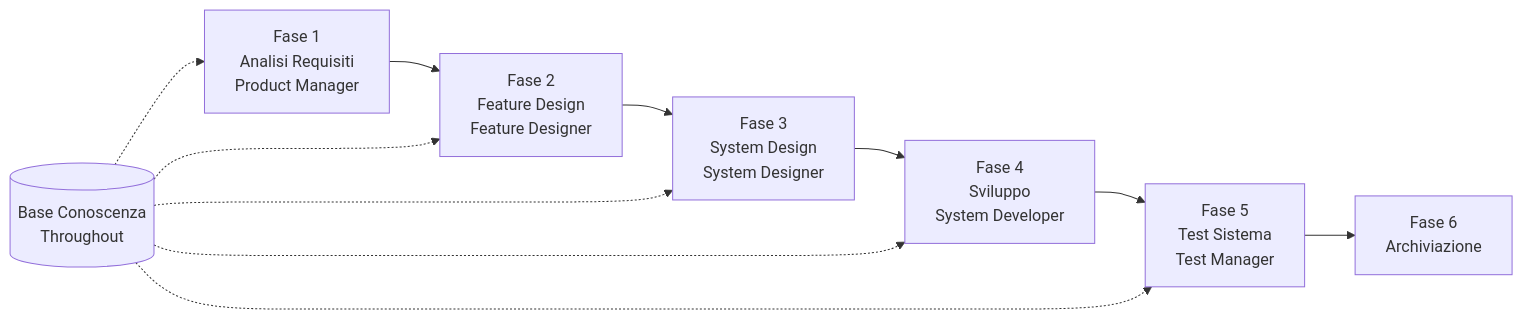
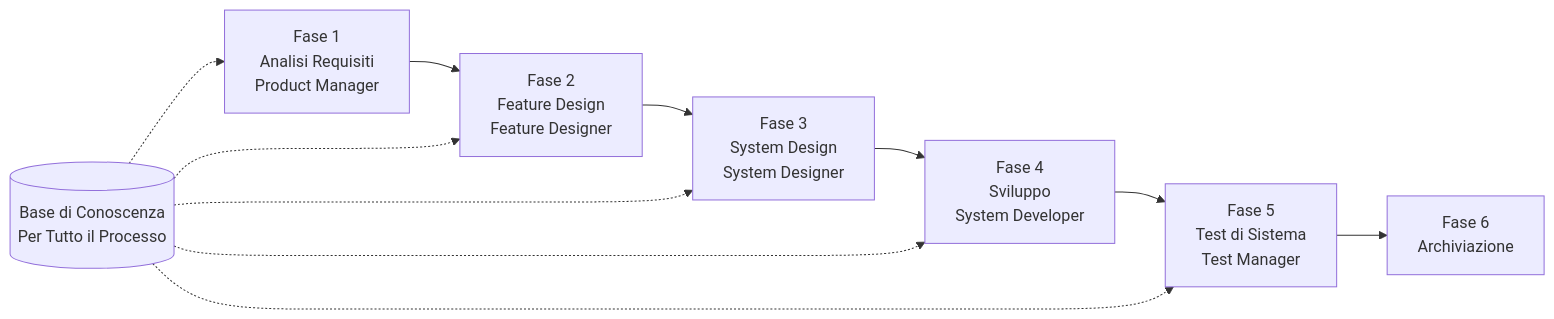
The diagram in docs/GETTING-STARTED.it.md (charlesmu99/speccrew), drawn with Mermaid before and after one commit. The commit also changed other lines of this file and 32 other files, not shown here.

````diff
--- a/docs/GETTING-STARTED.it.md
+++ b/docs/GETTING-STARTED.it.md
@@ -69,14 +144,14 @@
 ```mermaid
 flowchart LR
     PRD[Fase 1<br/>Analisi Requisiti<br/>Product Manager] --> FD[Fase 2<br/>Feature Design<br/>Feature Designer]
     FD --> SD[Fase 3<br/>System Design<br/>System Designer]
     SD --> DEV[Fase 4<br/>Sviluppo<br/>System Developer]
-    DEV --> TEST[Fase 5<br/>Test Sistema<br/>Test Manager]
+    DEV --> TEST[Fase 5<br/>Test di Sistema<br/>Test Manager]
     TEST --> ARCHIVE[Fase 6<br/>Archiviazione]
     
-    KB[(Base Conoscenza<br/>Throughout)] -.-> PRD
+    KB[(Base di Conoscenza<br/>Per Tutto il Processo)] -.-> PRD
     KB -.-> FD
     KB -.-> SD
     KB -.-> DEV
     KB -.-> TEST
 ```
````
